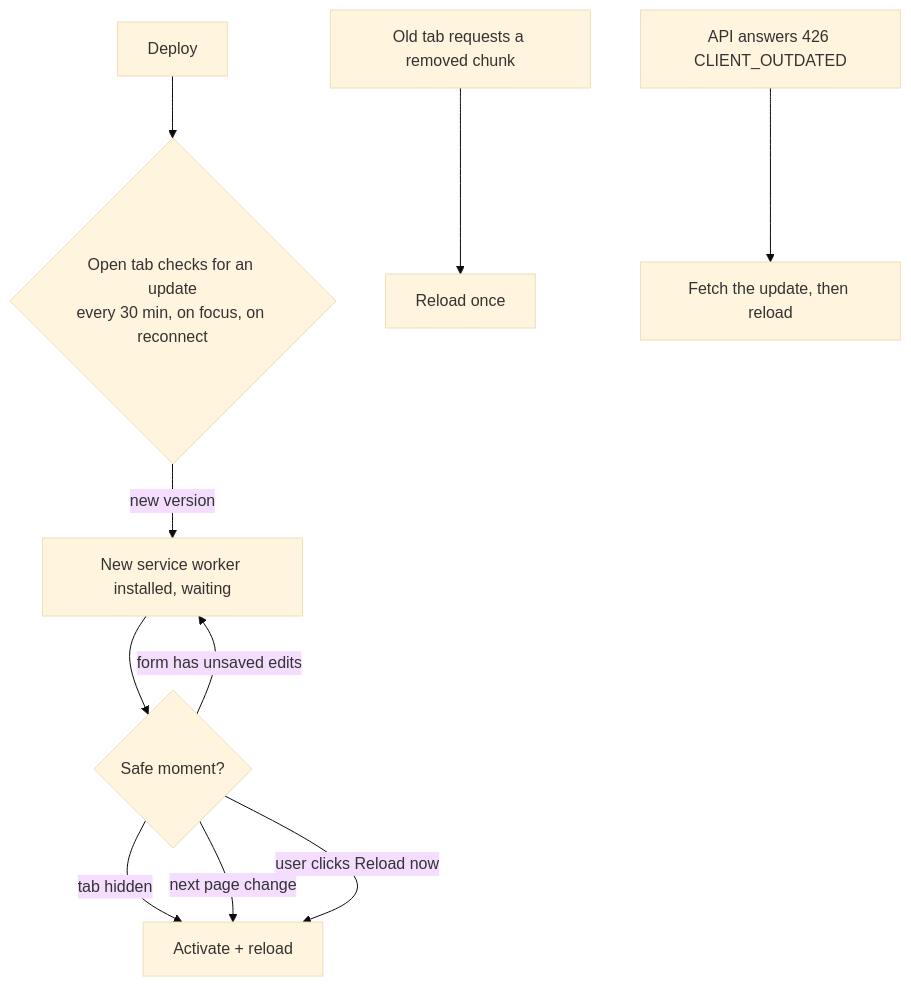
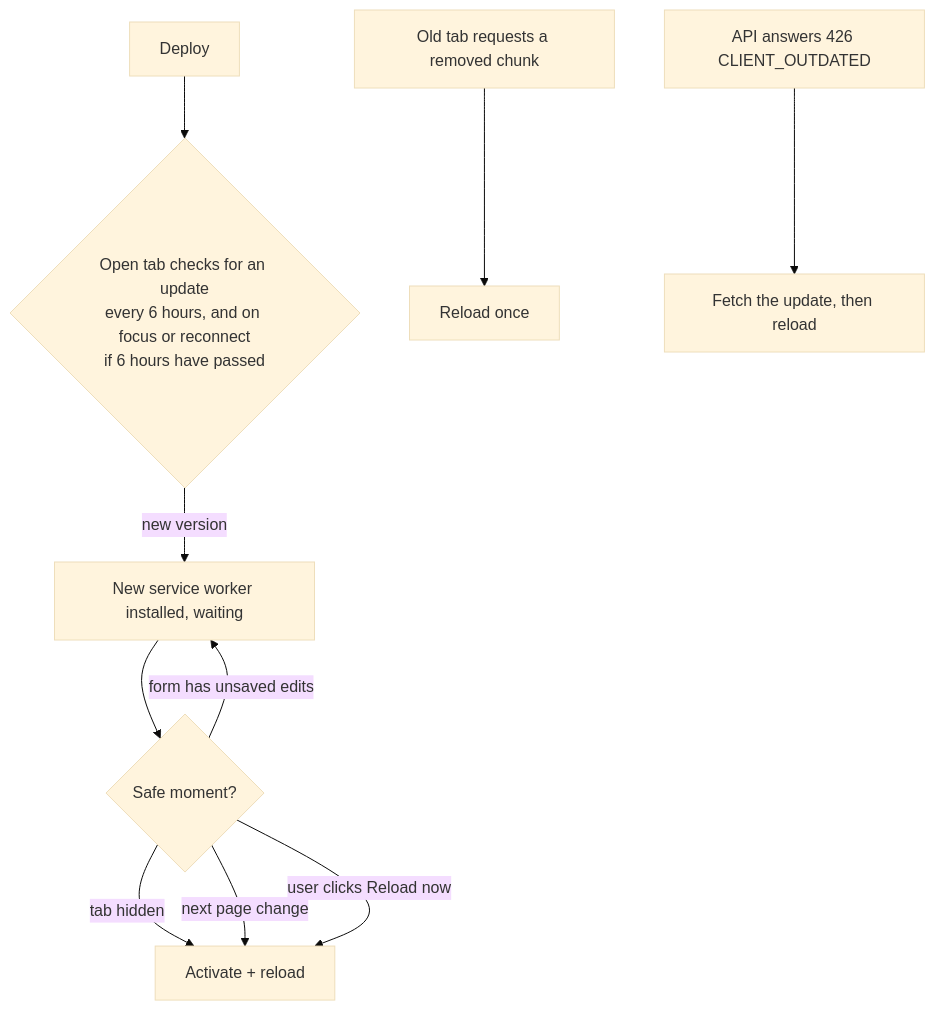
One commit to akashmishra242/crm-workspace changed the fifth of 6 diagrams in docs/ARCHITECTURE.md. Above: the diagram before and after it, drawn with Mermaid (base theme). The commit also changed other lines of this file and 1 other file, not shown here.

````diff
--- a/docs/ARCHITECTURE.md
+++ b/docs/ARCHITECTURE.md
@@ -263,12 +271,12 @@
 ```mermaid
 flowchart TD
-  D[Deploy] --> C{Open tab checks for an update<br/>every 30 min, on focus, on reconnect}
+  D[Deploy] --> C{Open tab checks for an update<br/>every 6 hours, and on focus or reconnect<br/>if 6 hours have passed}
   C -- new version --> W[New service worker installed, waiting]
   W --> S{Safe moment?}
   S -- tab hidden --> A[Activate + reload]
   S -- next page change --> A
   S -- user clicks Reload now --> A
   S -- form has unsaved edits --> W
   O[Old tab requests a removed chunk] --> R[Reload once]
   X[API answers 426 CLIENT_OUTDATED] --> F[Fetch the update, then reload]
 ```
````
